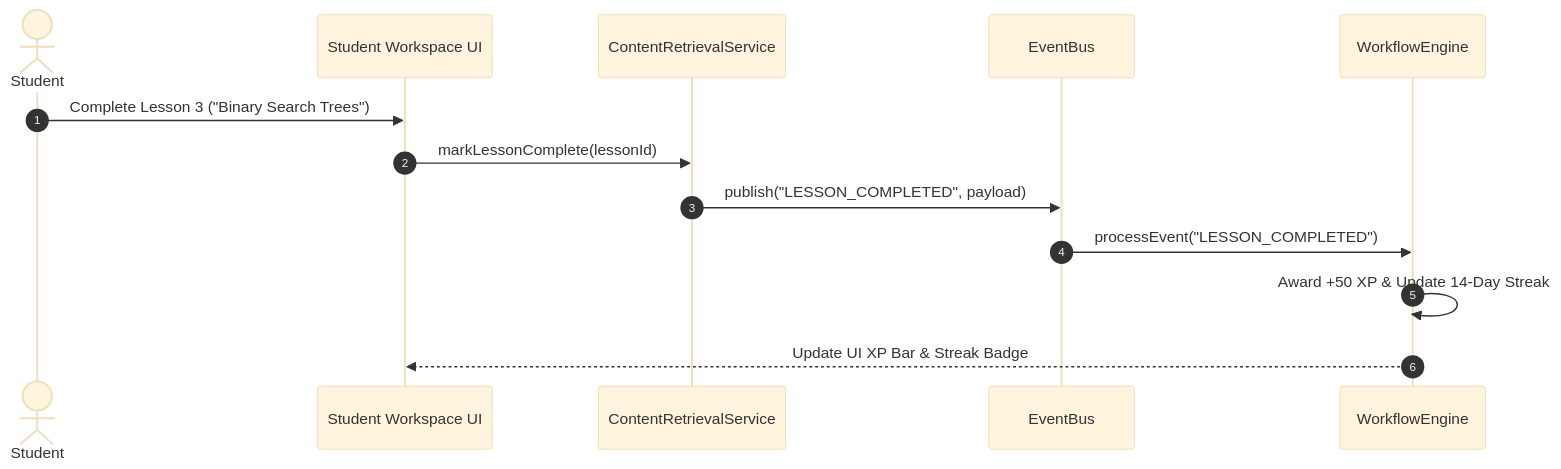
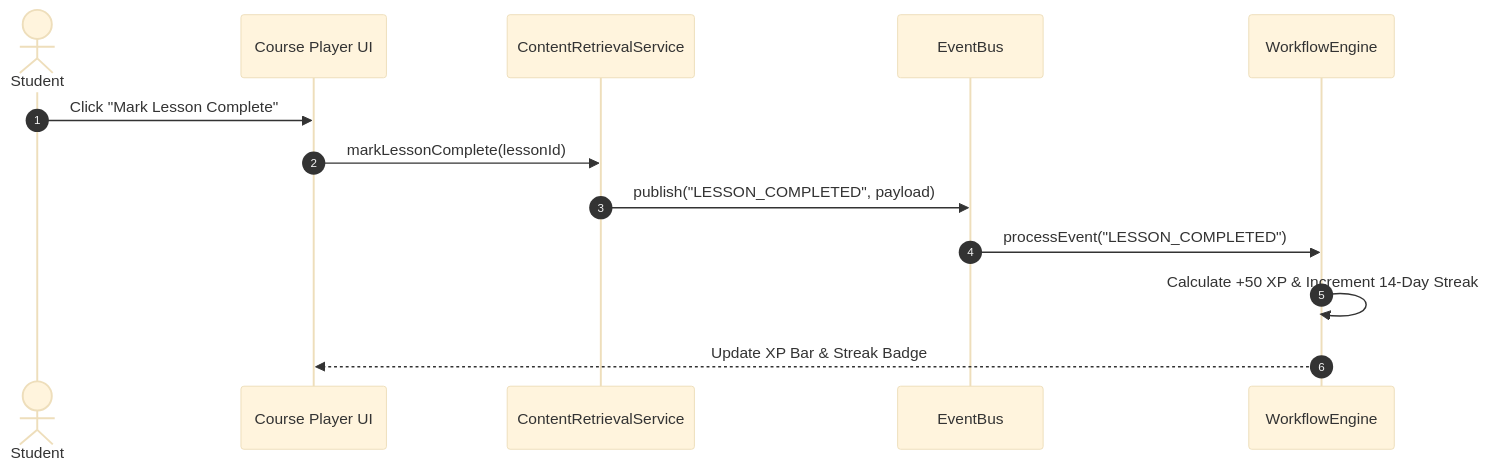
The third of 8 diagrams in docs/QBITX_UNIFIED_DOCUMENTATION.md (labib-0/QbitX), drawn with Mermaid (base theme) before and after one commit. The commit also changed other lines of this file and 12 other files, not shown here.

Commit message:
docs(Enterprise): add ADRs (001-005), 6 sequence diagrams, Database guides, Security policy, Performance guide, Design System, Feature Matrix, and update QBITX_UNIFIED_DOCUMENTATION.md

````diff
--- a/docs/QBITX_UNIFIED_DOCUMENTATION.md
+++ b/docs/QBITX_UNIFIED_DOCUMENTATION.md
@@ -85,16 +132,16 @@
 ```mermaid
 sequenceDiagram
     autonumber
     actor Student
-    participant UI as Student Workspace UI
+    participant UI as Course Player UI
     participant Service as ContentRetrievalService
     participant EventBus as EventBus
-    participant Workflow as WorkflowEngine
+    participant Engine as WorkflowEngine
 
-    Student->>UI: Complete Lesson 3 ("Binary Search Trees")
+    Student->>UI: Click "Mark Lesson Complete"
     UI->>Service: markLessonComplete(lessonId)
     Service->>EventBus: publish("LESSON_COMPLETED", payload)
-    EventBus->>Workflow: processEvent("LESSON_COMPLETED")
-    Workflow->>Workflow: Award +50 XP & Update 14-Day Streak
-    Workflow-->>UI: Update UI XP Bar & Streak Badge
+    EventBus->>Engine: processEvent("LESSON_COMPLETED")
+    Engine->>Engine: Calculate +50 XP & Increment 14-Day Streak
+    Engine-->>UI: Update XP Bar & Streak Badge
 ```
````
